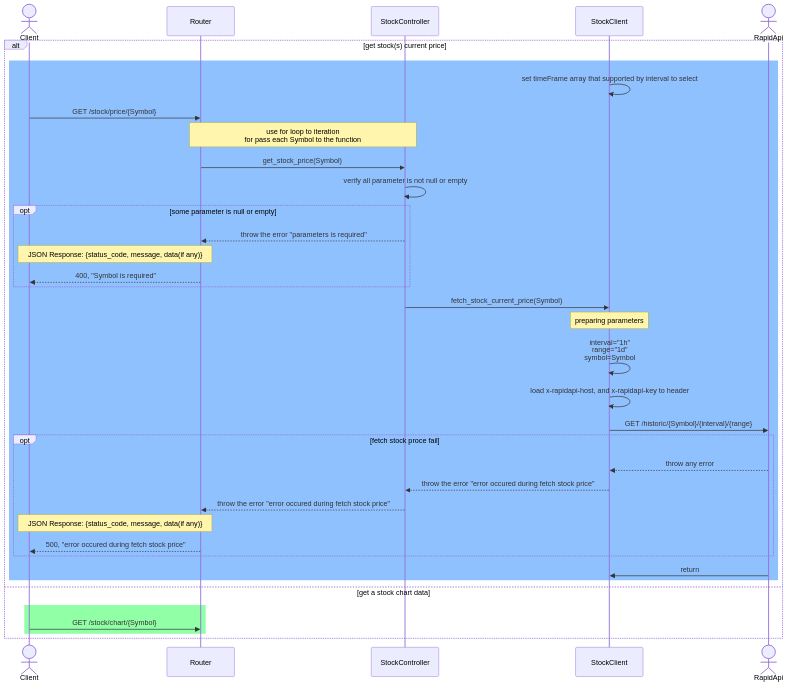
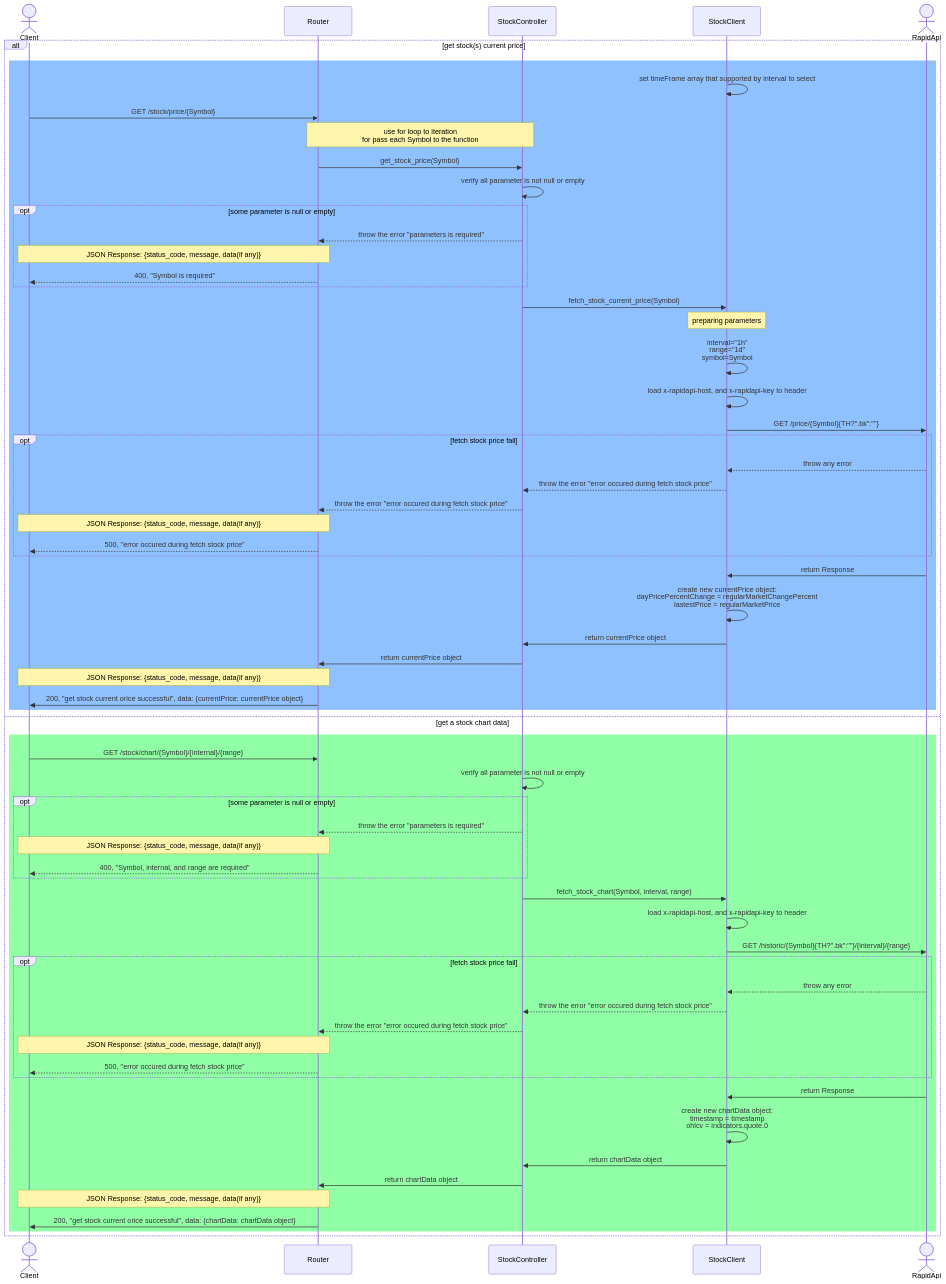
Before and after one commit to SawatKia/WealthTracking: the diagram in design/api/Stocks.mmd, drawn with Mermaid.

Commit message:
add new path

```diff
--- a/design/api/Stocks.mmd
+++ b/design/api/Stocks.mmd
@@ -1,44 +1,72 @@
 sequenceDiagram
     actor Client
     participant Router
     participant Cont as StockController
     participant Stock as StockClient
     actor RapidApi
     %% STOCK_PULSE_API document: https://rapidapi.com/manwilbahaa/api/yahoo-finance127
 
     %% add STOCK_PULSE_API_URL = "https://yahoo-finance127.p.rapidapi.com" to .env
     %% add x-rapidapi-host, and x-rapidapi-key from STOCK_PULSE_API document to .env
 
     alt get stock(s) current price
         rect rgb(144,193,255)
             Stock->>Stock: set timeFrame array that supported by interval to select
             Client->>Router: GET /stock/price/{Symbol}
             Note over Router, Cont: use for loop to iteration<br>for pass each Symbol to the function
             Router->>Cont: get_stock_price(Symbol)
             Cont->>Cont: verify all parameter is not null or empty
             opt some parameter is null or empty
                 Cont-->>Router: throw the error "parameters is required"
                 Note over Router,Client: JSON Response: {status_code, message, data(if any)}
                 Router-->>Client: 400, "Symbol is required"
             end
             Cont->>Stock: fetch_stock_current_price(Symbol)
             Note over Stock: preparing parameters
             Stock->>Stock: interval="1h"<br>range="1d"<br>symbol=Symbol
             Stock->>Stock: load x-rapidapi-host, and x-rapidapi-key to header
-            Stock->>RapidApi: GET /historic/{Symbol}/{interval}/{range}
-            opt fetch stock proce fail
+            Stock->>RapidApi: GET /price/{Symbol}{TH?".bk":""}
+            opt fetch stock price fail
                 RapidApi-->>Stock: throw any error
                 Stock-->>Cont: throw the error "error occured during fetch stock price"
                 Cont-->>Router: throw the error "error occured during fetch stock price"
                 Note over Router,Client: JSON Response: {status_code, message, data(if any)}
                 Router-->>Client: 500, "error occured during fetch stock price"
             end
-            RapidApi->>Stock: return
+            RapidApi->>Stock: return Response
+            Stock->>Stock: create new currentPrice object:<br>dayPricePercentChange = regularMarketChangePercent<br>lastestPrice = regularMarketPrice
 
-
+            Stock->>Cont: return currentPrice object
+            Cont->>Router: return currentPrice object
+            Note over Router,Client: JSON Response: {status_code, message, data(if any)}
+            Router->>Client: 200, "get stock current orice successful", data: {currentPrice: currentPrice object}
         end
     else get a stock chart data
         rect rgb(144,255,166)
-            Client->> Router: GET /stock/chart/{Symbol}
+        %% interval is timeFrame, range is how long do you want the data 
+            Client->> Router: GET /stock/chart/{Symbol}/{internal}/{range}
+            Cont->>Cont: verify all parameter is not null or empty
+            opt some parameter is null or empty
+                Cont-->>Router: throw the error "parameters is required"
+                Note over Router,Client: JSON Response: {status_code, message, data(if any)}
+                Router-->>Client: 400, "Symbol, internal, and range are required"
+            end
+            Cont->>Stock: fetch_stock_chart(Symbol, interval, range)
+            Stock->>Stock: load x-rapidapi-host, and x-rapidapi-key to header
+            Stock->>RapidApi: GET /historic/{Symbol}{TH?".bk":""}/{interval}/{range}
+            opt fetch stock price fail
+                RapidApi-->>Stock: throw any error
+                Stock-->>Cont: throw the error "error occured during fetch stock price"
+                Cont-->>Router: throw the error "error occured during fetch stock price"
+                Note over Router,Client: JSON Response: {status_code, message, data(if any)}
+                Router-->>Client: 500, "error occured during fetch stock price"
+            end
+            RapidApi->>Stock: return Response
+            Stock->>Stock: create new chartData object:<br>timestamp = timestamp<br>ohlcv = indicators.quote.0
+            Stock->>Cont: return chartData object
+            Cont->>Router: return chartData object
+            Note over Router,Client: JSON Response: {status_code, message, data(if any)}
+            Router->>Client: 200, "get stock current orice successful", data: {chartData: chartData object}
+
         end
     end
```
